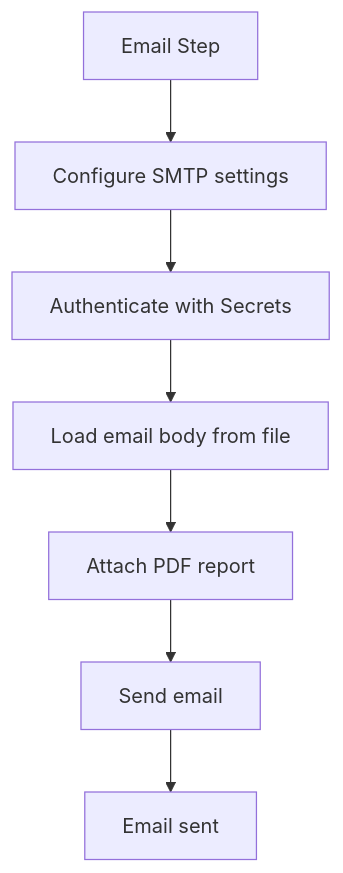
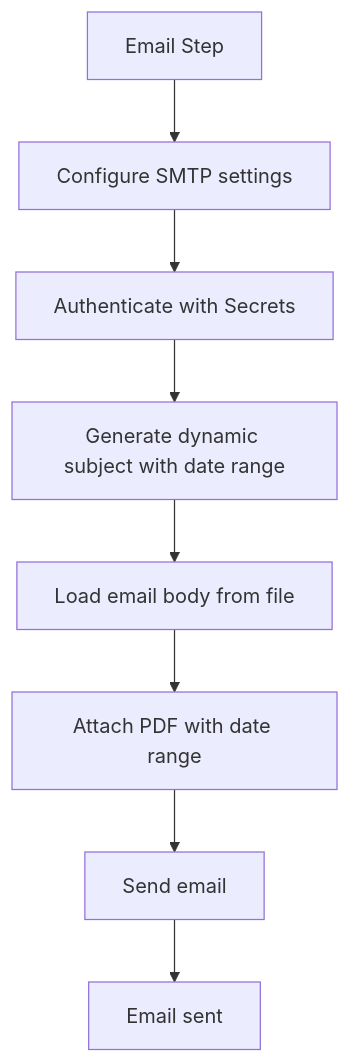
One commit to junxie01/cryoseismology_papers changed the eighth of 10 diagrams in .qoder/repowiki/en/content/Configuration Guide/GitHub Actions Workflow.md. Above: the diagram before and after it, drawn with Mermaid. The commit also changed other lines of this file and 4 other files, not shown here.

````diff
--- a/.qoder/repowiki/en/content/Configuration Guide/GitHub Actions Workflow.md
+++ b/.qoder/repowiki/en/content/Configuration Guide/GitHub Actions Workflow.md
@@ -194,9 +253,10 @@
 ```mermaid
 flowchart TD
 Start["Email Step"] --> Config["Configure SMTP settings"]
 Config --> Auth["Authenticate with Secrets"]
-Auth --> Body["Load email body from file"]
-Body --> Attach["Attach PDF report"]
+Auth --> Subject["Generate dynamic subject with date range"]
+Subject --> Body["Load email body from file"]
+Body --> Attach["Attach PDF with date range"]
 Attach --> Send["Send email"]
 Send --> Done["Email sent"]
 ```
````
